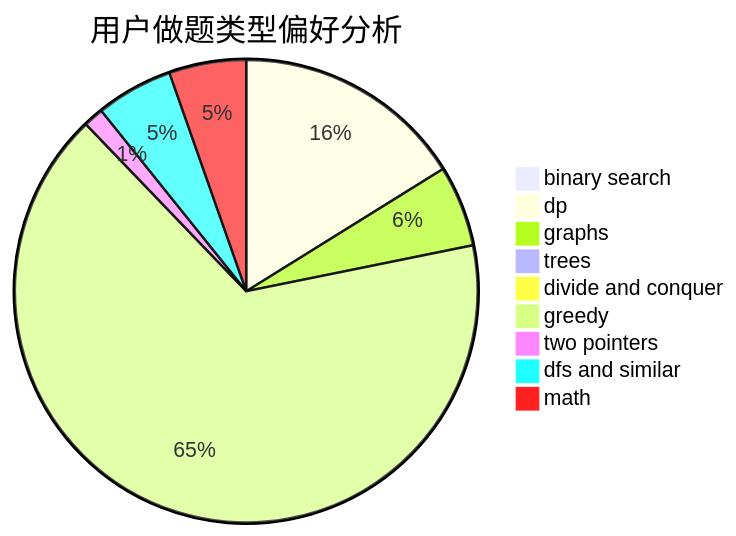
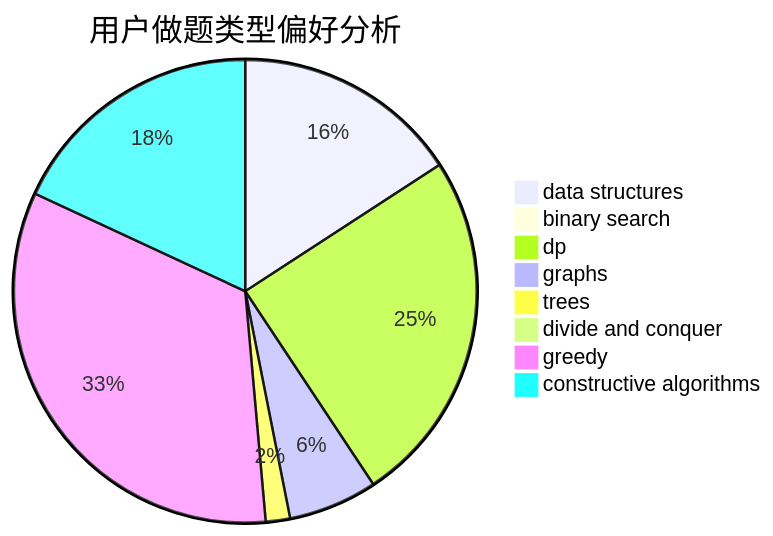
Before and after one commit to sherpahu/cfrs.github.io: the second of 3 diagrams in docs/user/u2578.md, drawn with Mermaid. The commit also changed other lines of this file and 2775 other files, not shown here.

````diff
--- a/docs/user/u2578.md
+++ b/docs/user/u2578.md
@@ -23,12 +23,11 @@
 ```mermaid
 pie title 用户做题类型偏好分析
-    "binary search" :  2
-    "dp" :  57
-    "graphs" :  20
+    "data structures" :  28
+    "binary search" :  0
+    "dp" :  44
+    "graphs" :  11
     "trees" :  3
     "divide and conquer" :  0
-    "greedy" :  233
-    "two pointers" :  5
-    "dfs and similar" :  19
-    "math" :  19
+    "greedy" :  59
+    "constructive algorithms" :  32
 ```
````
